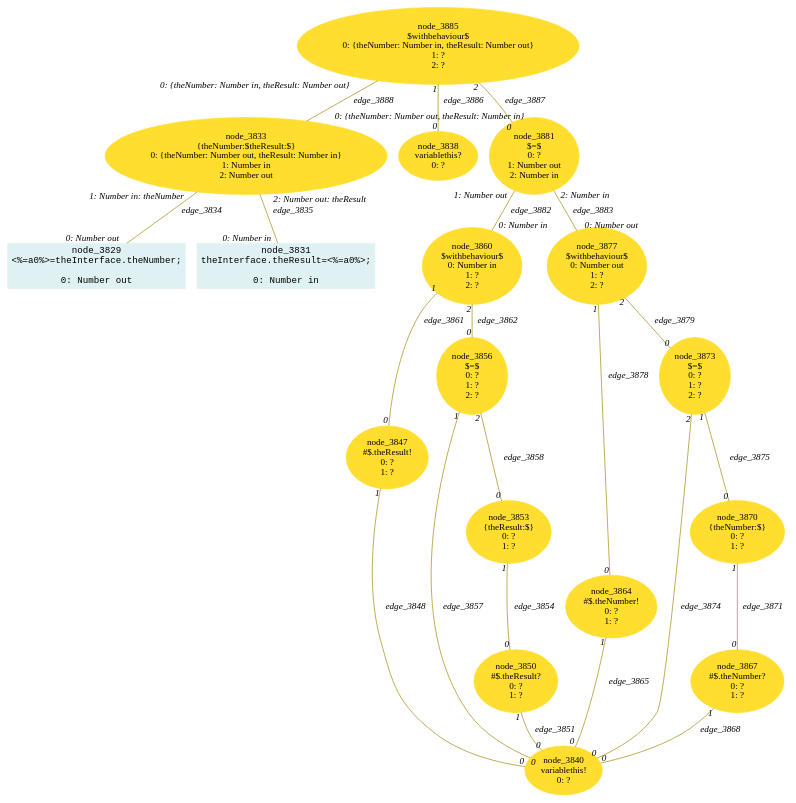
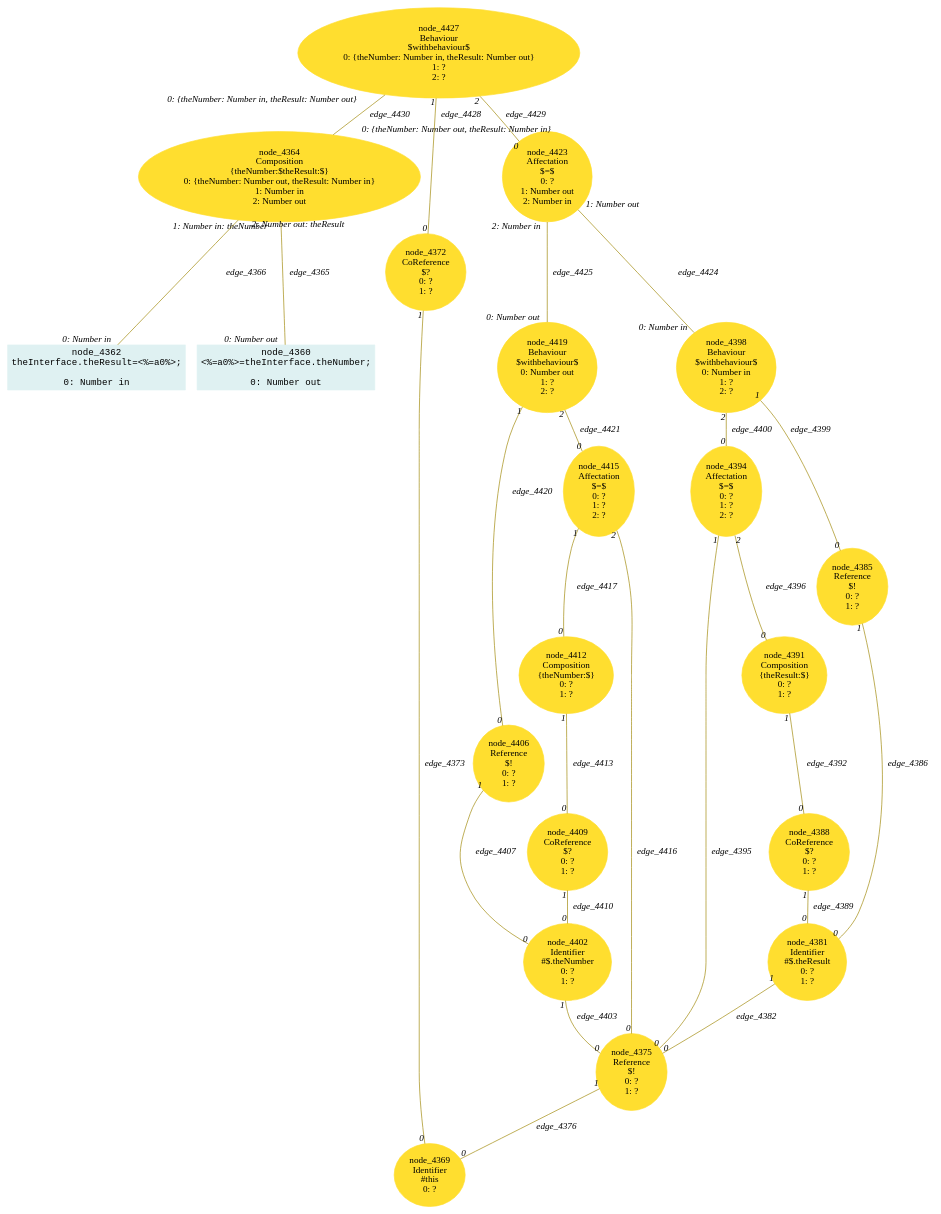
The diagram in lidl-core/example/ok/dereferencing/dot/14createDataFlowDirection1.dot (crubier/lidl), drawn with Graphviz before and after one commit. The commit also changed 1586 other files, not shown here.

```diff
--- a/lidl-core/example/ok/dereferencing/dot/14createDataFlowDirection1.dot
+++ b/lidl-core/example/ok/dereferencing/dot/14createDataFlowDirection1.dot
@@ -1,95 +1,130 @@
-digraph g{node_3829 [shape="box", style="filled", color="#dff1f2", fontname="Courier", label="node_3829
+digraph g{node_4360 [shape="box", style="filled", color="#dff1f2", fontname="Courier", label="node_4360
 <%=a0%>=theInterface.theNumber;
 
 0: Number out" ]
-node_3831 [shape="box", style="filled", color="#dff1f2", fontname="Courier", label="node_3831
+node_4362 [shape="box", style="filled", color="#dff1f2", fontname="Courier", label="node_4362
 theInterface.theResult=<%=a0%>;
 
 0: Number in" ]
-node_3833 [shape="ellipse", style="filled", color="#ffde2f", fontname="Times", label="node_3833
+node_4364 [shape="ellipse", style="filled", color="#ffde2f", fontname="Times", label="node_4364
+Composition
 {theNumber:$theResult:$}
 0: {theNumber: Number out, theResult: Number in}
 1: Number in
 2: Number out" ]
-node_3838 [shape="ellipse", style="filled", color="#ffde2f", fontname="Times", label="node_3838
-variablethis?
+node_4369 [shape="ellipse", style="filled", color="#ffde2f", fontname="Times", label="node_4369
+Identifier
+#this
 0: ?" ]
-node_3840 [shape="ellipse", style="filled", color="#ffde2f", fontname="Times", label="node_3840
-variablethis!
-0: ?" ]
-node_3847 [shape="ellipse", style="filled", color="#ffde2f", fontname="Times", label="node_3847
-#$.theResult!
+node_4372 [shape="ellipse", style="filled", color="#ffde2f", fontname="Times", label="node_4372
+CoReference
+$?
 0: ?
 1: ?" ]
-node_3850 [shape="ellipse", style="filled", color="#ffde2f", fontname="Times", label="node_3850
-#$.theResult?
+node_4375 [shape="ellipse", style="filled", color="#ffde2f", fontname="Times", label="node_4375
+Reference
+$!
 0: ?
 1: ?" ]
-node_3853 [shape="ellipse", style="filled", color="#ffde2f", fontname="Times", label="node_3853
+node_4381 [shape="ellipse", style="filled", color="#ffde2f", fontname="Times", label="node_4381
+Identifier
+#$.theResult
+0: ?
+1: ?" ]
+node_4385 [shape="ellipse", style="filled", color="#ffde2f", fontname="Times", label="node_4385
+Reference
+$!
+0: ?
+1: ?" ]
+node_4388 [shape="ellipse", style="filled", color="#ffde2f", fontname="Times", label="node_4388
+CoReference
+$?
+0: ?
+1: ?" ]
+node_4391 [shape="ellipse", style="filled", color="#ffde2f", fontname="Times", label="node_4391
+Composition
 {theResult:$}
 0: ?
 1: ?" ]
-node_3856 [shape="ellipse", style="filled", color="#ffde2f", fontname="Times", label="node_3856
+node_4394 [shape="ellipse", style="filled", color="#ffde2f", fontname="Times", label="node_4394
+Affectation
 $=$
 0: ?
 1: ?
 2: ?" ]
-node_3860 [shape="ellipse", style="filled", color="#ffde2f", fontname="Times", label="node_3860
+node_4398 [shape="ellipse", style="filled", color="#ffde2f", fontname="Times", label="node_4398
+Behaviour
 $withbehaviour$
 0: Number in
 1: ?
 2: ?" ]
-node_3864 [shape="ellipse", style="filled", color="#ffde2f", fontname="Times", label="node_3864
-#$.theNumber!
+node_4402 [shape="ellipse", style="filled", color="#ffde2f", fontname="Times", label="node_4402
+Identifier
+#$.theNumber
 0: ?
 1: ?" ]
-node_3867 [shape="ellipse", style="filled", color="#ffde2f", fontname="Times", label="node_3867
-#$.theNumber?
+node_4406 [shape="ellipse", style="filled", color="#ffde2f", fontname="Times", label="node_4406
+Reference
+$!
 0: ?
 1: ?" ]
-node_3870 [shape="ellipse", style="filled", color="#ffde2f", fontname="Times", label="node_3870
+node_4409 [shape="ellipse", style="filled", color="#ffde2f", fontname="Times", label="node_4409
+CoReference
+$?
+0: ?
+1: ?" ]
+node_4412 [shape="ellipse", style="filled", color="#ffde2f", fontname="Times", label="node_4412
+Composition
 {theNumber:$}
 0: ?
 1: ?" ]
-node_3873 [shape="ellipse", style="filled", color="#ffde2f", fontname="Times", label="node_3873
+node_4415 [shape="ellipse", style="filled", color="#ffde2f", fontname="Times", label="node_4415
+Affectation
 $=$
 0: ?
 1: ?
 2: ?" ]
-node_3877 [shape="ellipse", style="filled", color="#ffde2f", fontname="Times", label="node_3877
+node_4419 [shape="ellipse", style="filled", color="#ffde2f", fontname="Times", label="node_4419
+Behaviour
 $withbehaviour$
 0: Number out
 1: ?
 2: ?" ]
-node_3881 [shape="ellipse", style="filled", color="#ffde2f", fontname="Times", label="node_3881
+node_4423 [shape="ellipse", style="filled", color="#ffde2f", fontname="Times", label="node_4423
+Affectation
 $=$
 0: ?
 1: Number out
 2: Number in" ]
-node_3885 [shape="ellipse", style="filled", color="#ffde2f", fontname="Times", label="node_3885
+node_4427 [shape="ellipse", style="filled", color="#ffde2f", fontname="Times", label="node_4427
+Behaviour
 $withbehaviour$
 0: {theNumber: Number in, theResult: Number out}
 1: ?
 2: ?" ]
-node_3833 -> node_3829 [dir=none, arrowHead=none, fontname="Times-Italic", arrowsize=1, color="#9d8400", label="edge_3834",  headlabel="0: Number out", taillabel="1: Number in: theNumber" ]
-node_3833 -> node_3831 [dir=none, arrowHead=none, fontname="Times-Italic", arrowsize=1, color="#9d8400", label="edge_3835",  headlabel="0: Number in", taillabel="2: Number out: theResult" ]
-node_3847 -> node_3840 [dir=none, arrowHead=none, fontname="Times-Italic", arrowsize=1, color="#9d8400", label="edge_3848",  headlabel="0", taillabel="1" ]
-node_3850 -> node_3840 [dir=none, arrowHead=none, fontname="Times-Italic", arrowsize=1, color="#9d8400", label="edge_3851",  headlabel="0", taillabel="1" ]
-node_3853 -> node_3850 [dir=none, arrowHead=none, fontname="Times-Italic", arrowsize=1, color="#9d8400", label="edge_3854",  headlabel="0", taillabel="1" ]
-node_3856 -> node_3840 [dir=none, arrowHead=none, fontname="Times-Italic", arrowsize=1, color="#9d8400", label="edge_3857",  headlabel="0", taillabel="1" ]
-node_3856 -> node_3853 [dir=none, arrowHead=none, fontname="Times-Italic", arrowsize=1, color="#9d8400", label="edge_3858",  headlabel="0", taillabel="2" ]
-node_3860 -> node_3847 [dir=none, arrowHead=none, fontname="Times-Italic", arrowsize=1, color="#9d8400", label="edge_3861",  headlabel="0", taillabel="1" ]
-node_3860 -> node_3856 [dir=none, arrowHead=none, fontname="Times-Italic", arrowsize=1, color="#9d8400", label="edge_3862",  headlabel="0", taillabel="2" ]
-node_3864 -> node_3840 [dir=none, arrowHead=none, fontname="Times-Italic", arrowsize=1, color="#9d8400", label="edge_3865",  headlabel="0", taillabel="1" ]
-node_3867 -> node_3840 [dir=none, arrowHead=none, fontname="Times-Italic", arrowsize=1, color="#9d8400", label="edge_3868",  headlabel="0", taillabel="1" ]
-node_3870 -> node_3867 [dir=none, arrowHead=none, fontname="Times-Italic", arrowsize=1, color="#9d8400", label="edge_3871",  headlabel="0", taillabel="1" ]
-node_3873 -> node_3840 [dir=none, arrowHead=none, fontname="Times-Italic", arrowsize=1, color="#9d8400", label="edge_3874",  headlabel="0", taillabel="2" ]
-node_3873 -> node_3870 [dir=none, arrowHead=none, fontname="Times-Italic", arrowsize=1, color="#9d8400", label="edge_3875",  headlabel="0", taillabel="1" ]
-node_3877 -> node_3864 [dir=none, arrowHead=none, fontname="Times-Italic", arrowsize=1, color="#9d8400", label="edge_3878",  headlabel="0", taillabel="1" ]
-node_3877 -> node_3873 [dir=none, arrowHead=none, fontname="Times-Italic", arrowsize=1, color="#9d8400", label="edge_3879",  headlabel="0", taillabel="2" ]
-node_3881 -> node_3860 [dir=none, arrowHead=none, fontname="Times-Italic", arrowsize=1, color="#9d8400", label="edge_3882",  headlabel="0: Number in", taillabel="1: Number out" ]
-node_3881 -> node_3877 [dir=none, arrowHead=none, fontname="Times-Italic", arrowsize=1, color="#9d8400", label="edge_3883",  headlabel="0: Number out", taillabel="2: Number in" ]
-node_3885 -> node_3838 [dir=none, arrowHead=none, fontname="Times-Italic", arrowsize=1, color="#9d8400", label="edge_3886",  headlabel="0", taillabel="1" ]
-node_3885 -> node_3881 [dir=none, arrowHead=none, fontname="Times-Italic", arrowsize=1, color="#9d8400", label="edge_3887",  headlabel="0", taillabel="2" ]
-node_3885 -> node_3833 [dir=none, arrowHead=none, fontname="Times-Italic", arrowsize=1, color="#9d8400", label="edge_3888",  headlabel="0: {theNumber: Number out, theResult: Number in}", taillabel="0: {theNumber: Number in, theResult: Number out}" ]
+node_4364 -> node_4360 [dir=none, arrowHead=none, fontname="Times-Italic", arrowsize=1, color="#9d8400", label="edge_4365",  headlabel="0: Number out", taillabel="1: Number in: theNumber" ]
+node_4364 -> node_4362 [dir=none, arrowHead=none, fontname="Times-Italic", arrowsize=1, color="#9d8400", label="edge_4366",  headlabel="0: Number in", taillabel="2: Number out: theResult" ]
+node_4372 -> node_4369 [dir=none, arrowHead=none, fontname="Times-Italic", arrowsize=1, color="#9d8400", label="edge_4373",  headlabel="0", taillabel="1" ]
+node_4375 -> node_4369 [dir=none, arrowHead=none, fontname="Times-Italic", arrowsize=1, color="#9d8400", label="edge_4376",  headlabel="0", taillabel="1" ]
+node_4381 -> node_4375 [dir=none, arrowHead=none, fontname="Times-Italic", arrowsize=1, color="#9d8400", label="edge_4382",  headlabel="0", taillabel="1" ]
+node_4385 -> node_4381 [dir=none, arrowHead=none, fontname="Times-Italic", arrowsize=1, color="#9d8400", label="edge_4386",  headlabel="0", taillabel="1" ]
+node_4388 -> node_4381 [dir=none, arrowHead=none, fontname="Times-Italic", arrowsize=1, color="#9d8400", label="edge_4389",  headlabel="0", taillabel="1" ]
+node_4391 -> node_4388 [dir=none, arrowHead=none, fontname="Times-Italic", arrowsize=1, color="#9d8400", label="edge_4392",  headlabel="0", taillabel="1" ]
+node_4394 -> node_4375 [dir=none, arrowHead=none, fontname="Times-Italic", arrowsize=1, color="#9d8400", label="edge_4395",  headlabel="0", taillabel="1" ]
+node_4394 -> node_4391 [dir=none, arrowHead=none, fontname="Times-Italic", arrowsize=1, color="#9d8400", label="edge_4396",  headlabel="0", taillabel="2" ]
+node_4398 -> node_4385 [dir=none, arrowHead=none, fontname="Times-Italic", arrowsize=1, color="#9d8400", label="edge_4399",  headlabel="0", taillabel="1" ]
+node_4398 -> node_4394 [dir=none, arrowHead=none, fontname="Times-Italic", arrowsize=1, color="#9d8400", label="edge_4400",  headlabel="0", taillabel="2" ]
+node_4402 -> node_4375 [dir=none, arrowHead=none, fontname="Times-Italic", arrowsize=1, color="#9d8400", label="edge_4403",  headlabel="0", taillabel="1" ]
+node_4406 -> node_4402 [dir=none, arrowHead=none, fontname="Times-Italic", arrowsize=1, color="#9d8400", label="edge_4407",  headlabel="0", taillabel="1" ]
+node_4409 -> node_4402 [dir=none, arrowHead=none, fontname="Times-Italic", arrowsize=1, color="#9d8400", label="edge_4410",  headlabel="0", taillabel="1" ]
+node_4412 -> node_4409 [dir=none, arrowHead=none, fontname="Times-Italic", arrowsize=1, color="#9d8400", label="edge_4413",  headlabel="0", taillabel="1" ]
+node_4415 -> node_4375 [dir=none, arrowHead=none, fontname="Times-Italic", arrowsize=1, color="#9d8400", label="edge_4416",  headlabel="0", taillabel="2" ]
+node_4415 -> node_4412 [dir=none, arrowHead=none, fontname="Times-Italic", arrowsize=1, color="#9d8400", label="edge_4417",  headlabel="0", taillabel="1" ]
+node_4419 -> node_4406 [dir=none, arrowHead=none, fontname="Times-Italic", arrowsize=1, color="#9d8400", label="edge_4420",  headlabel="0", taillabel="1" ]
+node_4419 -> node_4415 [dir=none, arrowHead=none, fontname="Times-Italic", arrowsize=1, color="#9d8400", label="edge_4421",  headlabel="0", taillabel="2" ]
+node_4423 -> node_4398 [dir=none, arrowHead=none, fontname="Times-Italic", arrowsize=1, color="#9d8400", label="edge_4424",  headlabel="0: Number in", taillabel="1: Number out" ]
+node_4423 -> node_4419 [dir=none, arrowHead=none, fontname="Times-Italic", arrowsize=1, color="#9d8400", label="edge_4425",  headlabel="0: Number out", taillabel="2: Number in" ]
+node_4427 -> node_4372 [dir=none, arrowHead=none, fontname="Times-Italic", arrowsize=1, color="#9d8400", label="edge_4428",  headlabel="0", taillabel="1" ]
+node_4427 -> node_4423 [dir=none, arrowHead=none, fontname="Times-Italic", arrowsize=1, color="#9d8400", label="edge_4429",  headlabel="0", taillabel="2" ]
+node_4427 -> node_4364 [dir=none, arrowHead=none, fontname="Times-Italic", arrowsize=1, color="#9d8400", label="edge_4430",  headlabel="0: {theNumber: Number out, theResult: Number in}", taillabel="0: {theNumber: Number in, theResult: Number out}" ]
 }
```
